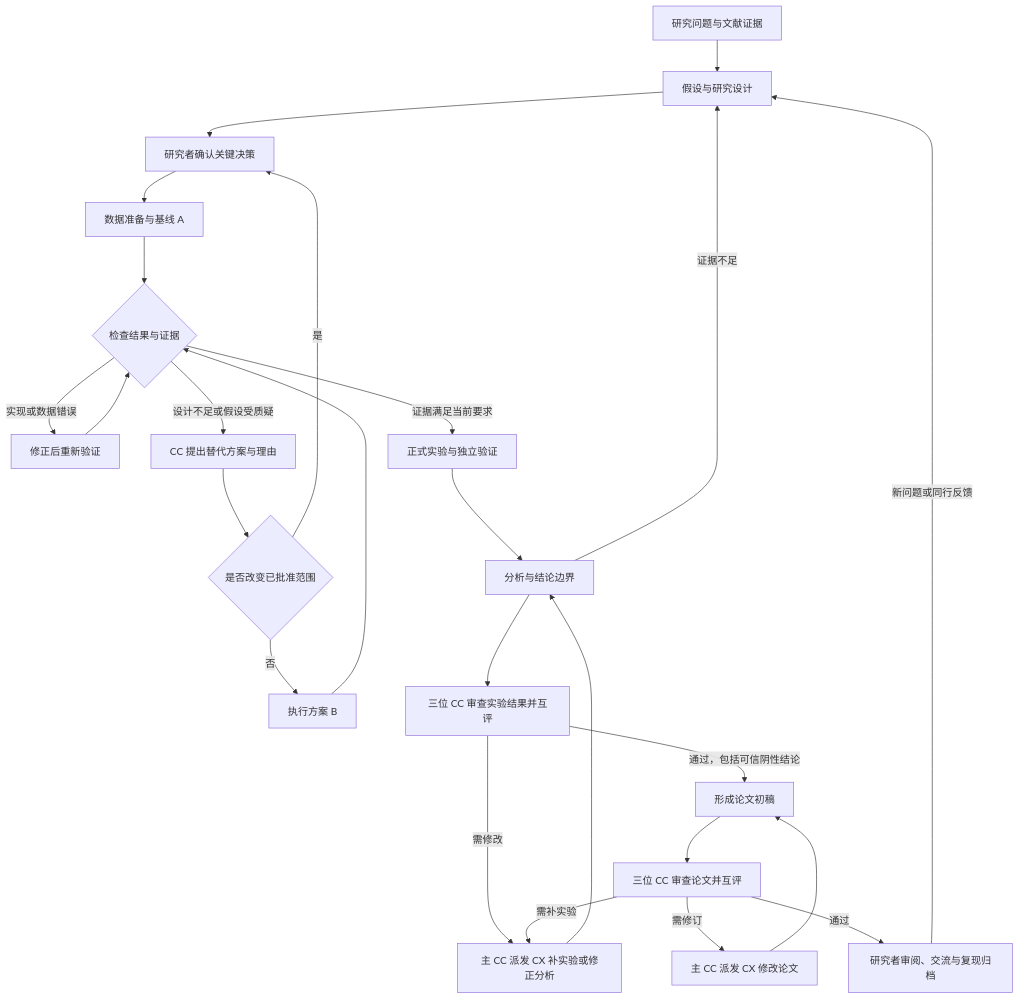
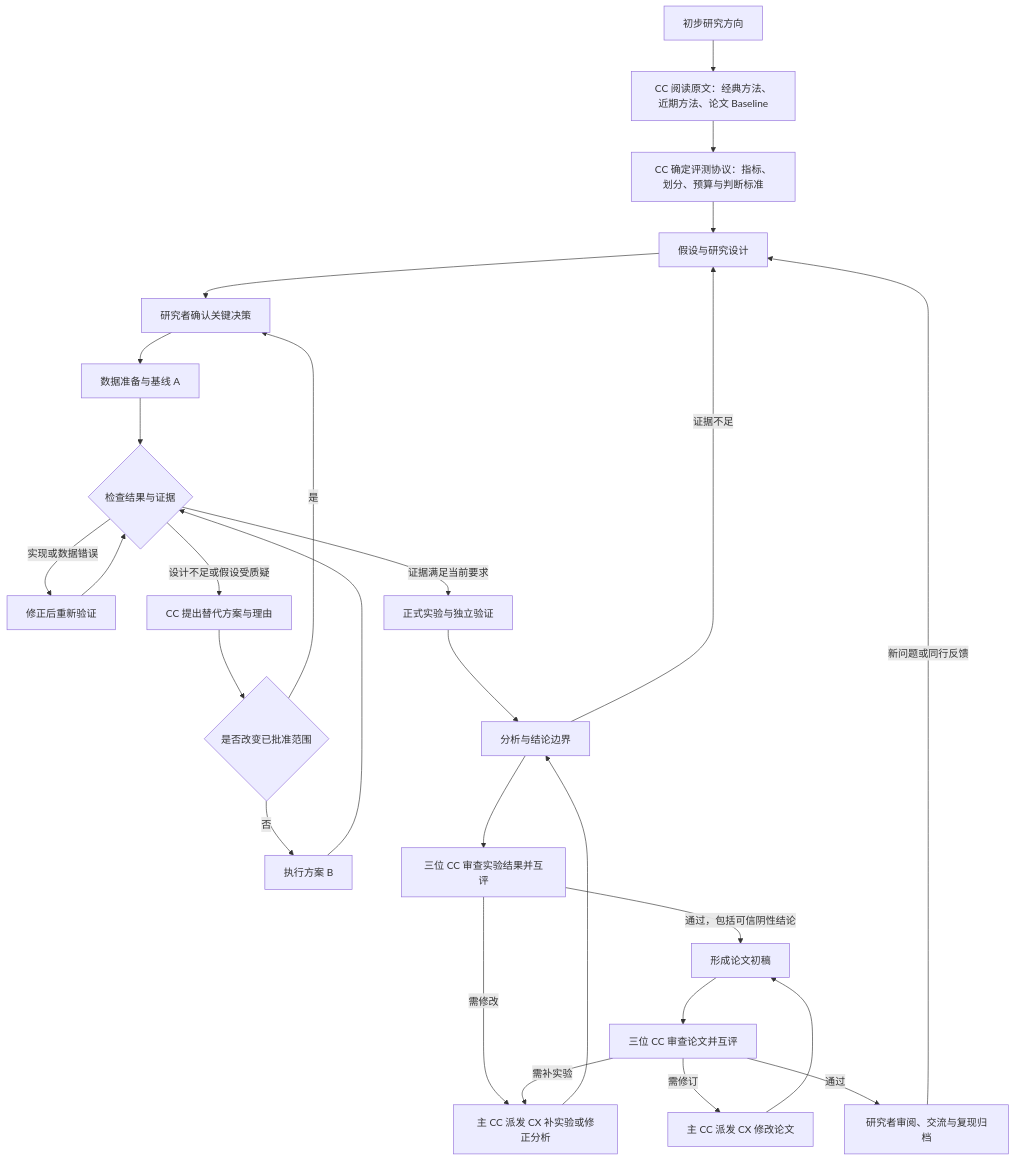
One commit to Hbw1201/research-niuma changed the diagram in RESEARCH-WORKFLOW.md. Above: the diagram before and after it, drawn with Mermaid. The commit also changed other lines of this file and 48 other files, not shown here.

````diff
--- a/RESEARCH-WORKFLOW.md
+++ b/RESEARCH-WORKFLOW.md
@@ -46,27 +55,29 @@
 ```mermaid
 flowchart TD
-  Q[研究问题与文献证据] --> H[假设与研究设计]
+  Q[初步研究方向] --> L[CC 阅读原文：经典方法、近期方法、论文 Baseline]
+  L --> BM[CC 确定评测协议：指标、划分、预算与判断标准]
+  BM --> H[假设与研究设计]
   H --> U[研究者确认关键决策]
   U --> A[数据准备与基线 A]
   A --> R{检查结果与证据}
   R -->|实现或数据错误| F[修正后重新验证]
   F --> R
   R -->|设计不足或假设受质疑| D[CC 提出替代方案与理由]
   D --> C{是否改变已批准范围}
   C -->|是| U
   C -->|否| B[执行方案 B]
   B --> R
   R -->|证据满足当前要求| V[正式实验与独立验证]
   V --> E[分析与结论边界]
   E -->|证据不足| H
   E --> RC[三位 CC 审查实验结果并互评]
   RC -->|需修改| RF[主 CC 派发 CX 补实验或修正分析]
   RF --> E
   RC -->|通过，包括可信阴性结论| W[形成论文初稿]
   W --> PC[三位 CC 审查论文并互评]
   PC -->|需修订| PF[主 CC 派发 CX 修改论文]
   PF --> W
   PC -->|需补实验| RF
   PC -->|通过| AR[研究者审阅、交流与复现归档]
   AR -->|新问题或同行反馈| H
 ```
````
